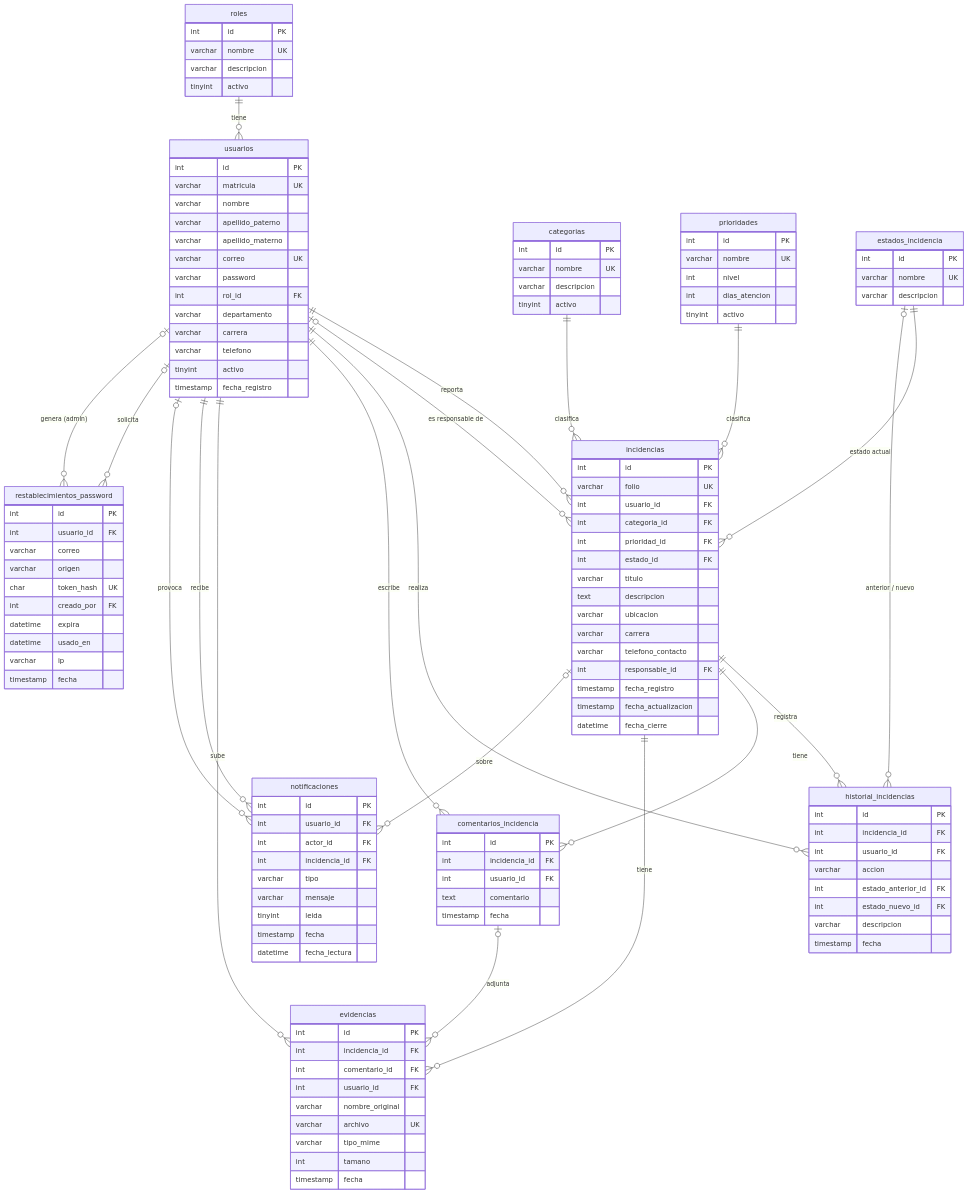
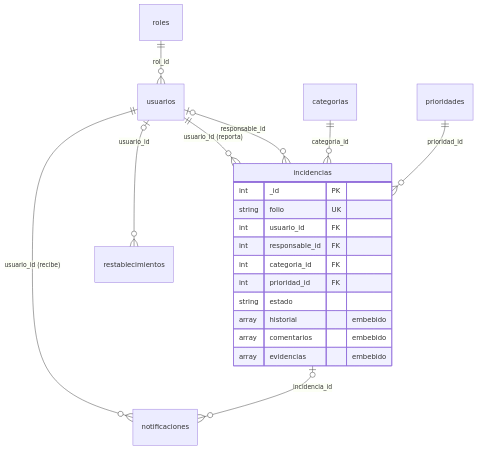
One commit to Jorgevg53/sistema-insidencias changed the diagram in docs/03_base_de_datos.md. Above: the diagram before and after it, drawn with Mermaid. The commit also changed other lines of this file and 5 other files, not shown here.

````diff
--- a/docs/03_base_de_datos.md
+++ b/docs/03_base_de_datos.md
@@ -7,130 +12,24 @@
 ```mermaid
 erDiagram
-    roles ||--o{ usuarios : "tiene"
-    usuarios ||--o{ incidencias : "reporta"
-    usuarios |o--o{ incidencias : "es responsable de"
-    categorias ||--o{ incidencias : "clasifica"
-    prioridades ||--o{ incidencias : "clasifica"
-    estados_incidencia ||--o{ incidencias : "estado actual"
-    incidencias ||--o{ historial_incidencias : "registra"
-    usuarios ||--o{ historial_incidencias : "realiza"
-    estados_incidencia |o--o{ historial_incidencias : "anterior / nuevo"
-    incidencias ||--o{ comentarios_incidencia : "tiene"
-    usuarios ||--o{ comentarios_incidencia : "escribe"
-    incidencias ||--o{ evidencias : "tiene"
-    comentarios_incidencia |o--o{ evidencias : "adjunta"
-    usuarios ||--o{ evidencias : "sube"
-    usuarios ||--o{ notificaciones : "recibe"
-    usuarios |o--o{ notificaciones : "provoca"
-    incidencias |o--o{ notificaciones : "sobre"
-    usuarios |o--o{ restablecimientos_password : "solicita"
-    usuarios |o--o{ restablecimientos_password : "genera (admin)"
+    roles ||--o{ usuarios : "rol_id"
+    usuarios ||--o{ incidencias : "usuario_id (reporta)"
+    usuarios |o--o{ incidencias : "responsable_id"
+    categorias ||--o{ incidencias : "categoria_id"
+    prioridades ||--o{ incidencias : "prioridad_id"
+    usuarios ||--o{ notificaciones : "usuario_id (recibe)"
+    incidencias |o--o{ notificaciones : "incidencia_id"
+    usuarios |o--o{ restablecimientos : "usuario_id"
 
-    roles {
-        int id PK
-        varchar nombre UK
-        varchar descripcion
-        tinyint activo
-    }
-    usuarios {
-        int id PK
-        varchar matricula UK
-        varchar nombre
-        varchar apellido_paterno
-        varchar apellido_materno
-        varchar correo UK
-        varchar password
-        int rol_id FK
-        varchar departamento
-        varchar carrera
-        varchar telefono
-        tinyint activo
-        timestamp fecha_registro
-    }
-    categorias {
-        int id PK
-        varchar nombre UK
-        varchar descripcion
-        tinyint activo
-    }
-    prioridades {
-        int id PK
-        varchar nombre UK
-        int nivel
-        int dias_atencion
-        tinyint activo
-    }
-    estados_incidencia {
-        int id PK
-        varchar nombre UK
-        varchar descripcion
-    }
     incidencias {
-        int id PK
-        varchar folio UK
+        int _id PK
+        string folio UK
         int usuario_id FK
+        int responsable_id FK
         int categoria_id FK
         int prioridad_id FK
-        int estado_id FK
-        varchar titulo
-        text descripcion
-        varchar ubicacion
-        varchar carrera
-        varchar telefono_contacto
-        int responsable_id FK
-        timestamp fecha_registro
-        timestamp fecha_actualizacion
-        datetime fecha_cierre
-    }
-    historial_incidencias {
-        int id PK
-        int incidencia_id FK
-        int usuario_id FK
-        varchar accion
-        int estado_anterior_id FK
-        int estado_nuevo_id FK
-        varchar descripcion
-        timestamp fecha
-    }
-    comentarios_incidencia {
-        int id PK
-        int incidencia_id FK
-        int usuario_id FK
-        text comentario
-        timestamp fecha
-    }
-    evidencias {
-        int id PK
-        int incidencia_id FK
-        int comentario_id FK
-        int usuario_id FK
-        varchar nombre_original
-        varchar archivo UK
-        varchar tipo_mime
-        int tamano
-        timestamp fecha
-    }
-    notificaciones {
-        int id PK
-        int usuario_id FK
-        int actor_id FK
-        int incidencia_id FK
-        varchar tipo
-        varchar mensaje
-        tinyint leida
-        timestamp fecha
-        datetime fecha_lectura
-    }
-    restablecimientos_password {
-        int id PK
-        int usuario_id FK
-        varchar correo
-        varchar origen
-        char token_hash UK
-        int creado_por FK
-        datetime expira
-        datetime usado_en
-        varchar ip
-        timestamp fecha
+        string estado
+        array historial "embebido"
+        array comentarios "embebido"
+        array evidencias "embebido"
     }
 ```
````
